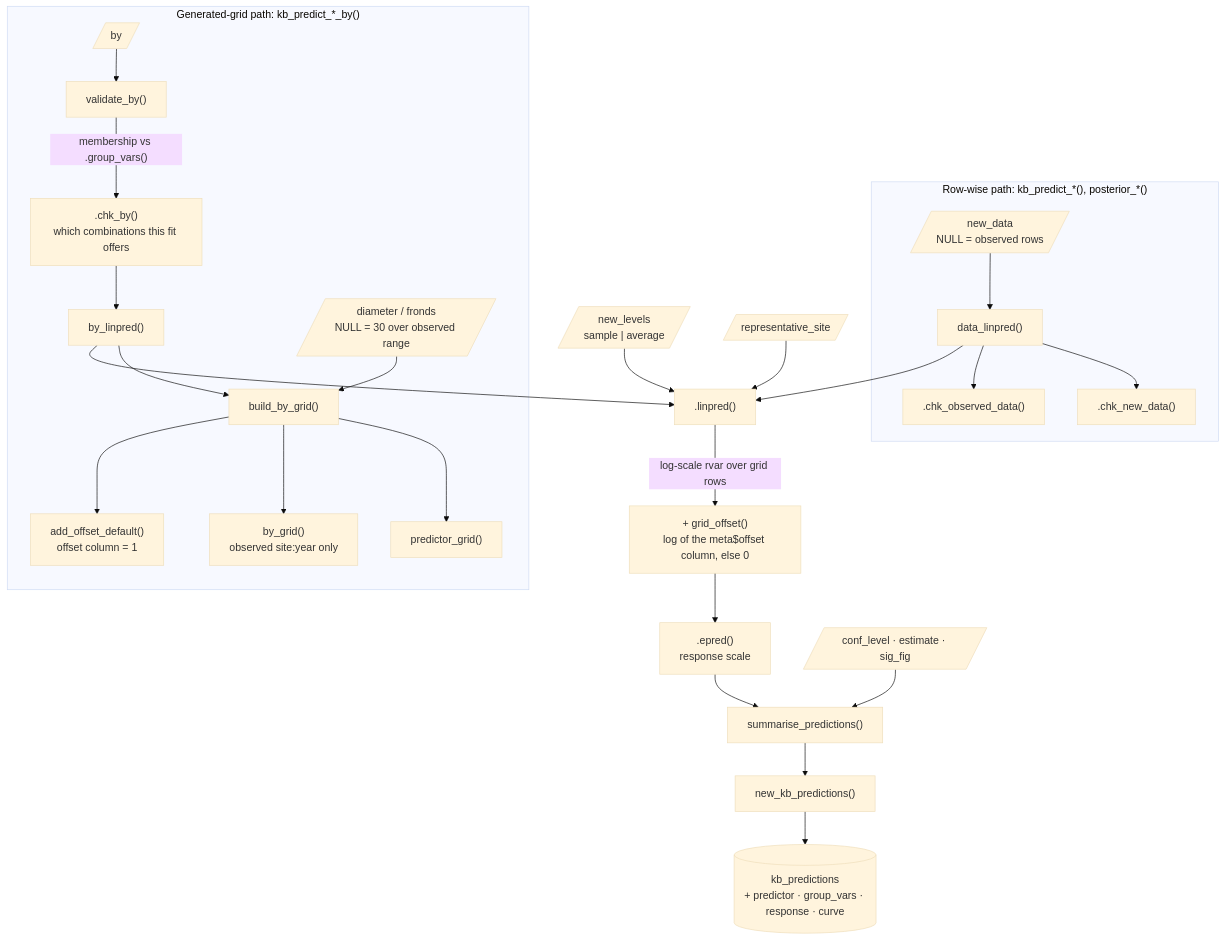
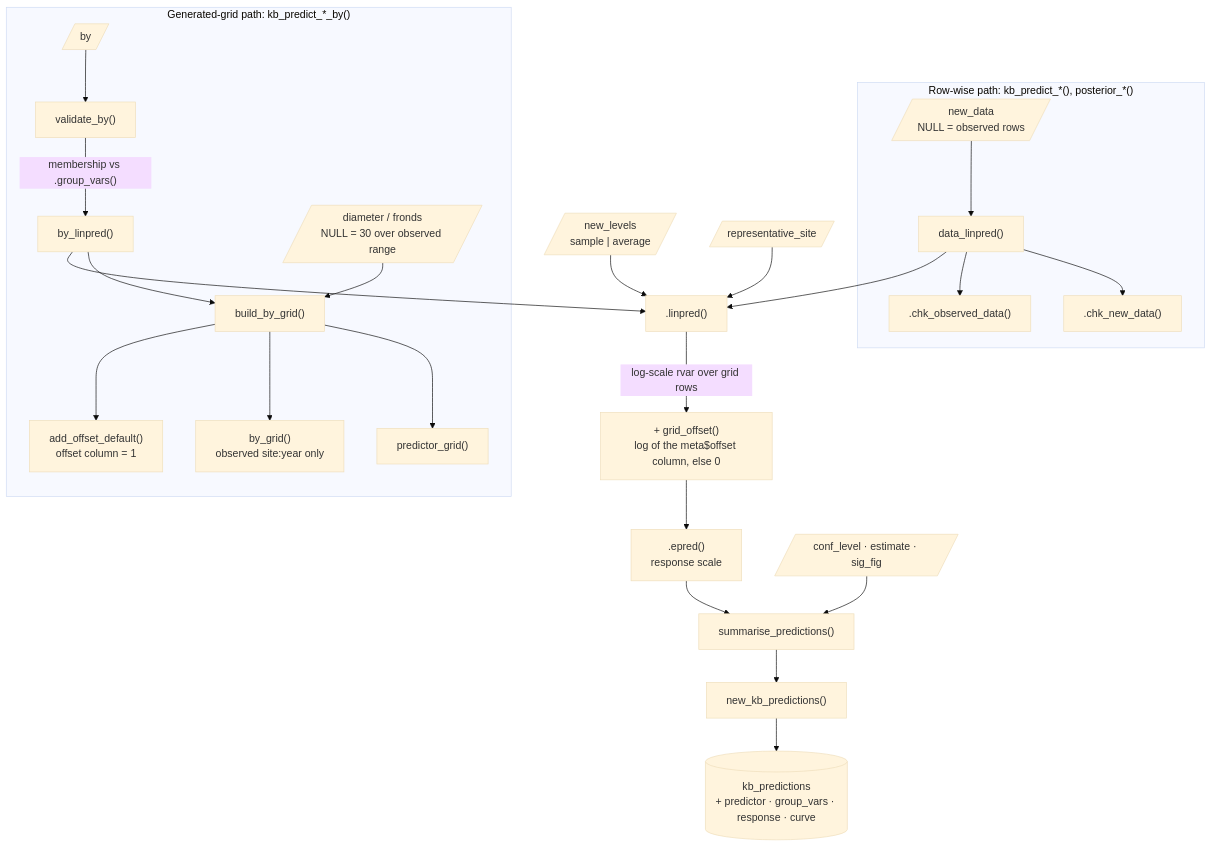
The fourth of 6 diagrams in decisions/architecture.md (HakaiInstitute/kelpbio), drawn with Mermaid (base theme) before and after one commit. The commit also changed other lines of this file and 80 other files, not shown here.

````diff
--- a/decisions/architecture.md
+++ b/decisions/architecture.md
@@ -188,28 +191,27 @@
 ```mermaid
 flowchart TD
     subgraph rowwise["Row-wise path: kb_predict_*(), posterior_*()"]
         ND[/"new_data<br/>NULL = observed rows"/] --> DL["data_linpred()"]
         DL --> CNEW[".chk_new_data()"]
         DL --> COBS[".chk_observed_data()"]
     end
     subgraph generated["Generated-grid path: kb_predict_*_by()"]
         BYA[/"by"/] --> VB["validate_by()"]
-        VB -->|"membership vs .group_vars()"| CB[".chk_by()<br/>which combinations this fit offers"]
-        CB --> BL["by_linpred()"]
+        VB -->|"membership vs .group_vars()"| BL["by_linpred()"]
         BL --> BBG["build_by_grid()"]
         SEQ[/"diameter / fronds<br/>NULL = 30 over observed range"/] --> BBG
         BBG --> PG["predictor_grid()"]
         BBG --> BG["by_grid()<br/>observed site:year only"]
         BBG --> AOD["add_offset_default()<br/>offset column = 1"]
     end
     DL --> LP[".linpred()"]
     BL --> LP
     NL[/"new_levels<br/>sample | average"/] --> LP
     RS[/"representative_site"/] --> LP
     LP -->|"log-scale rvar over grid rows"| OFF["+ grid_offset()<br/>log of the meta$offset column, else 0"]
     OFF --> EP[".epred()<br/>response scale"]
     EP --> SP["summarise_predictions()"]
     SUMA[/"conf_level · estimate · sig_fig"/] --> SP
     SP --> NKP["new_kb_predictions()"]
     NKP --> KP[("kb_predictions<br/>+ predictor · group_vars · response · curve")]
 ```
````
